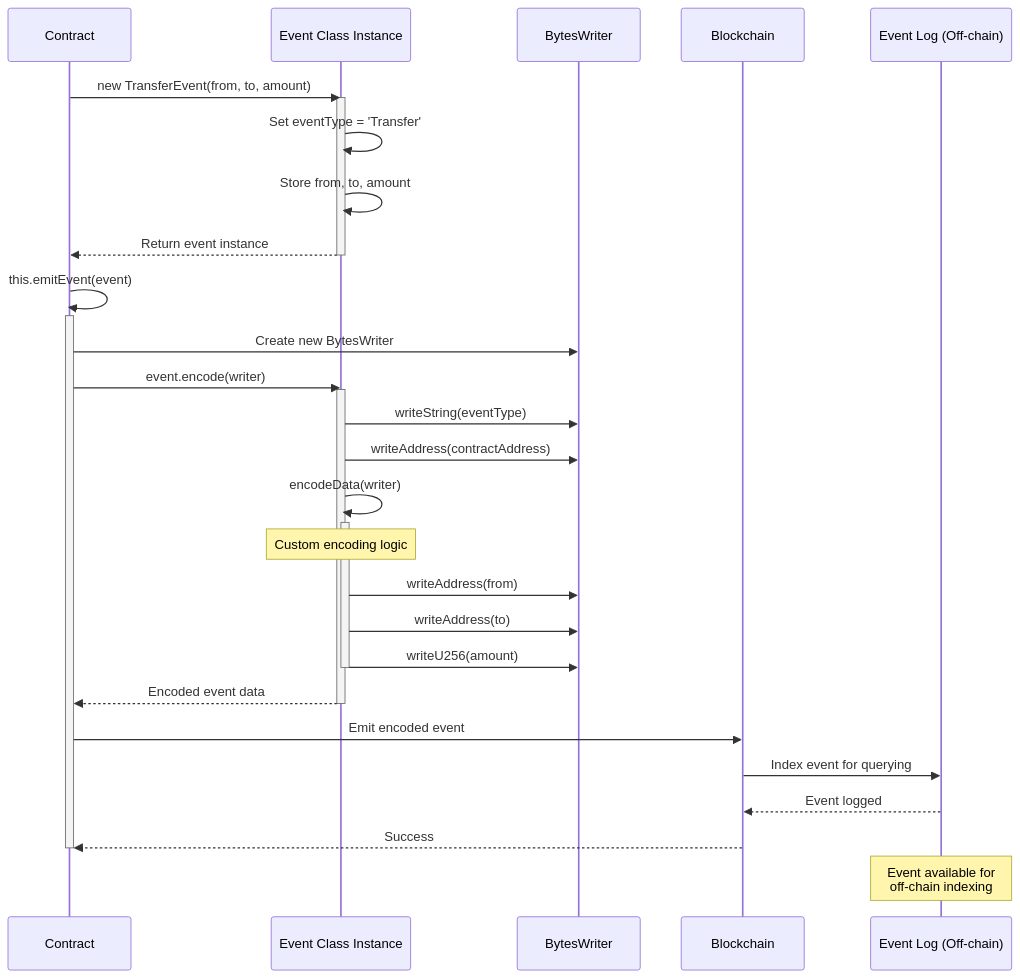
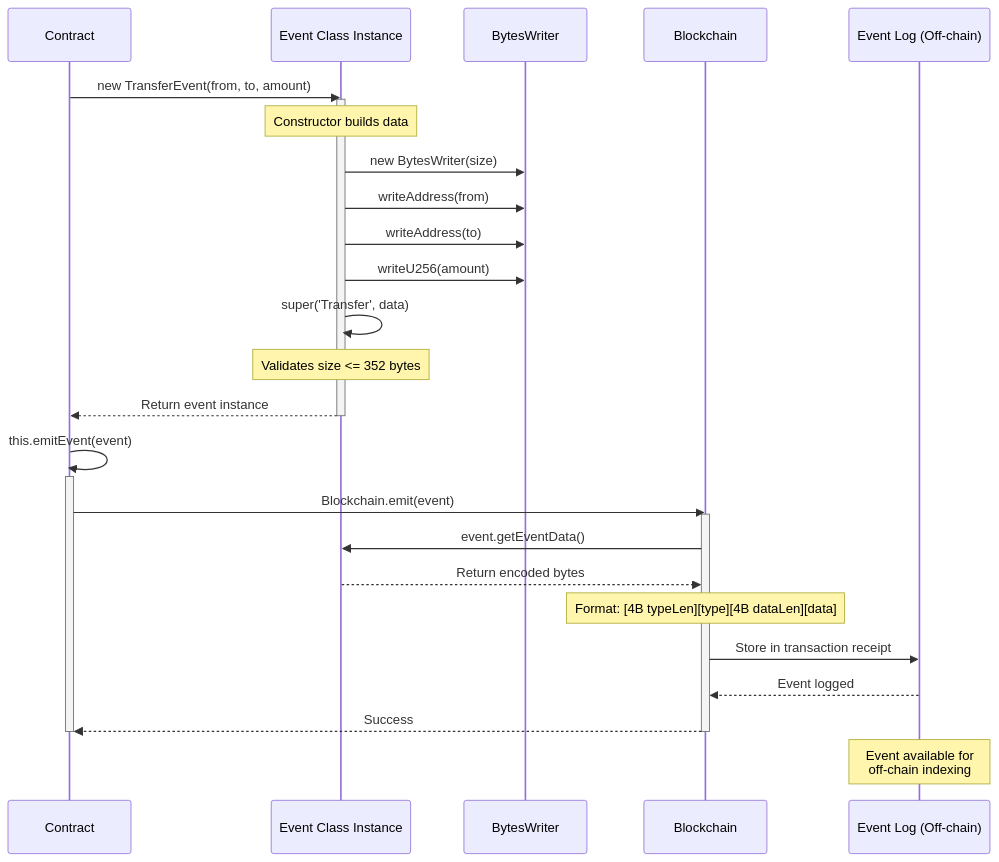
The second of 3 diagrams in docs/core-concepts/events.md (btc-vision/btc-runtime), drawn with Mermaid before and after one commit. The commit also changed other lines of this file and 30 other files, not shown here.

````diff
--- a/docs/core-concepts/events.md
+++ b/docs/core-concepts/events.md
@@ -158,45 +202,39 @@
 ```mermaid
 sequenceDiagram
     participant Contract
     participant EventClass as Event Class Instance
     participant BytesWriter
     participant Blockchain
     participant EventLog as Event Log (Off-chain)
 
     Contract->>EventClass: new TransferEvent(from, to, amount)
     activate EventClass
-    EventClass->>EventClass: Set eventType = 'Transfer'
-    EventClass->>EventClass: Store from, to, amount
+    Note over EventClass: Constructor builds data
+
+    EventClass->>BytesWriter: new BytesWriter(size)
+    EventClass->>BytesWriter: writeAddress(from)
+    EventClass->>BytesWriter: writeAddress(to)
+    EventClass->>BytesWriter: writeU256(amount)
+    EventClass->>EventClass: super('Transfer', data)
+    Note over EventClass: Validates size <= 352 bytes
     EventClass-->>Contract: Return event instance
     deactivate EventClass
 
     Contract->>Contract: this.emitEvent(event)
     activate Contract
 
-    Contract->>BytesWriter: Create new BytesWriter
-    Contract->>EventClass: event.encode(writer)
-    activate EventClass
+    Contract->>Blockchain: Blockchain.emit(event)
+    activate Blockchain
+    Blockchain->>EventClass: event.getEventData()
+    EventClass-->>Blockchain: Return encoded bytes
 
-    EventClass->>BytesWriter: writeString(eventType)
-    EventClass->>BytesWriter: writeAddress(contractAddress)
-    EventClass->>EventClass: encodeData(writer)
-    activate EventClass
-    Note over EventClass: Custom encoding logic
-
-    EventClass->>BytesWriter: writeAddress(from)
-    EventClass->>BytesWriter: writeAddress(to)
-    EventClass->>BytesWriter: writeU256(amount)
-    deactivate EventClass
-
-    EventClass-->>Contract: Encoded event data
-    deactivate EventClass
-
-    Contract->>Blockchain: Emit encoded event
-    Blockchain->>EventLog: Index event for querying
+    Note over Blockchain: Format: [4B typeLen][type][4B dataLen][data]
+    Blockchain->>EventLog: Store in transaction receipt
 
     EventLog-->>Blockchain: Event logged
     Blockchain-->>Contract: Success
+    deactivate Blockchain
     deactivate Contract
 
     Note over EventLog: Event available for<br/>off-chain indexing
 ```
````
